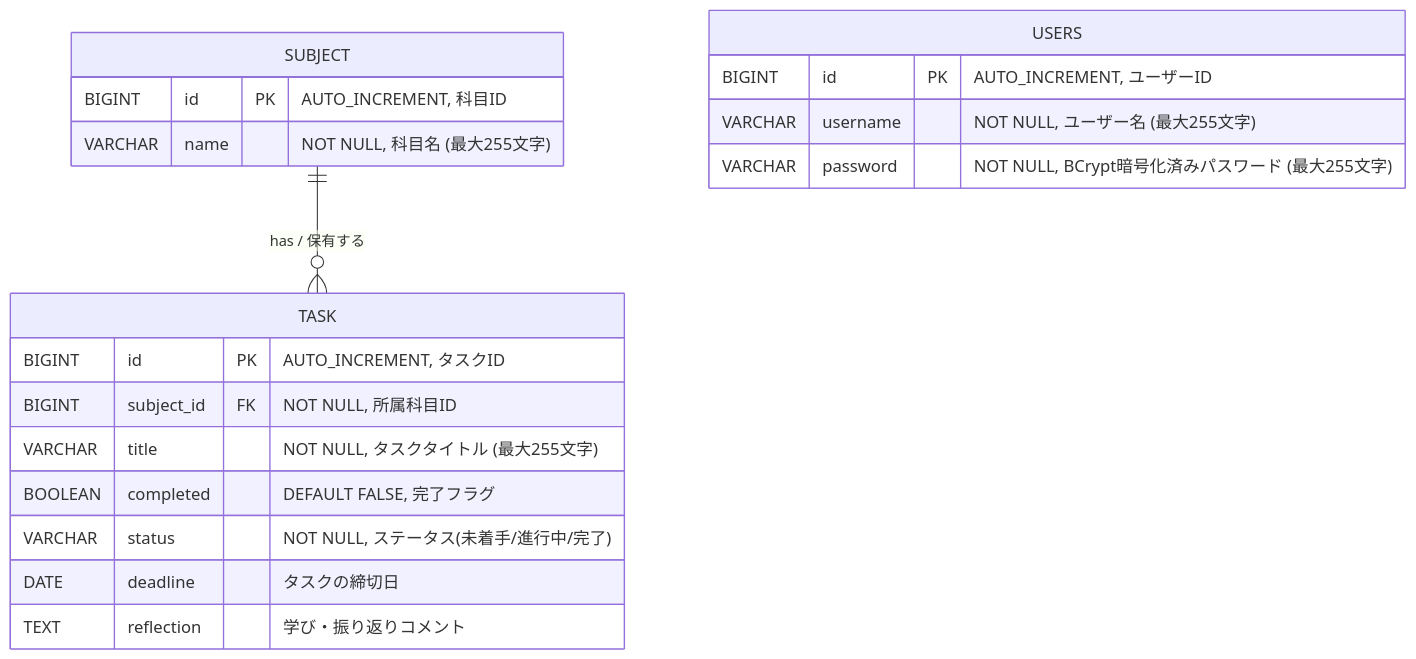
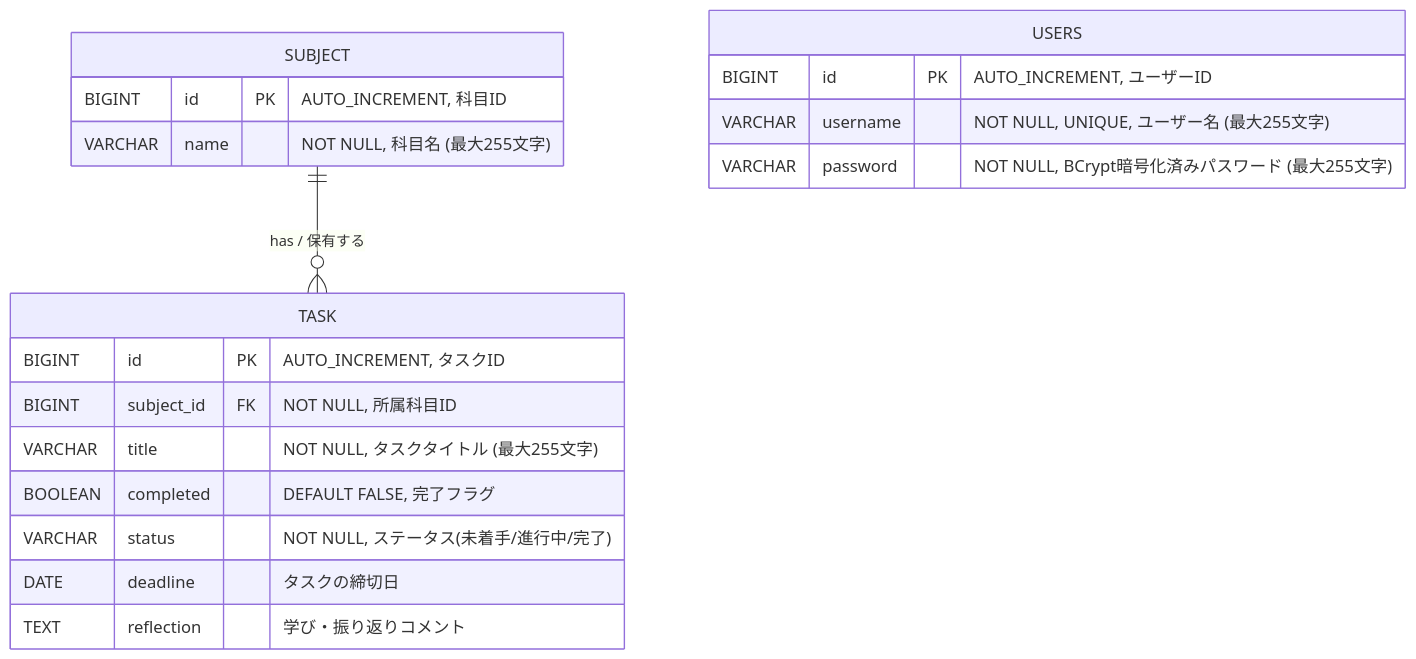
Before and after one commit to taidonn1216/java-study-tracker: the diagram in docs/er-diagram.md, drawn with Mermaid. The commit also changed 10 other files, not shown here.

````diff
--- a/docs/er-diagram.md
+++ b/docs/er-diagram.md
@@ -17,24 +17,24 @@
 ```mermaid
 erDiagram
     SUBJECT {
         BIGINT id PK "AUTO_INCREMENT, 科目ID"
         VARCHAR name "NOT NULL, 科目名 (最大255文字)"
     }
 
     TASK {
         BIGINT id PK "AUTO_INCREMENT, タスクID"
         BIGINT subject_id FK "NOT NULL, 所属科目ID"
         VARCHAR title "NOT NULL, タスクタイトル (最大255文字)"
         BOOLEAN completed "DEFAULT FALSE, 完了フラグ"
         VARCHAR status "NOT NULL, ステータス(未着手/進行中/完了)"
         DATE deadline "タスクの締切日"
         TEXT reflection "学び・振り返りコメント"
     }
     USERS {
         BIGINT id PK "AUTO_INCREMENT, ユーザーID"
-        VARCHAR username "NOT NULL, ユーザー名 (最大255文字)"
+        VARCHAR username "NOT NULL, UNIQUE, ユーザー名 (最大255文字)"
         VARCHAR password "NOT NULL, BCrypt暗号化済みパスワード (最大255文字)"
     }
 
     SUBJECT ||--o{ TASK : "has / 保有する"
 ```
````
